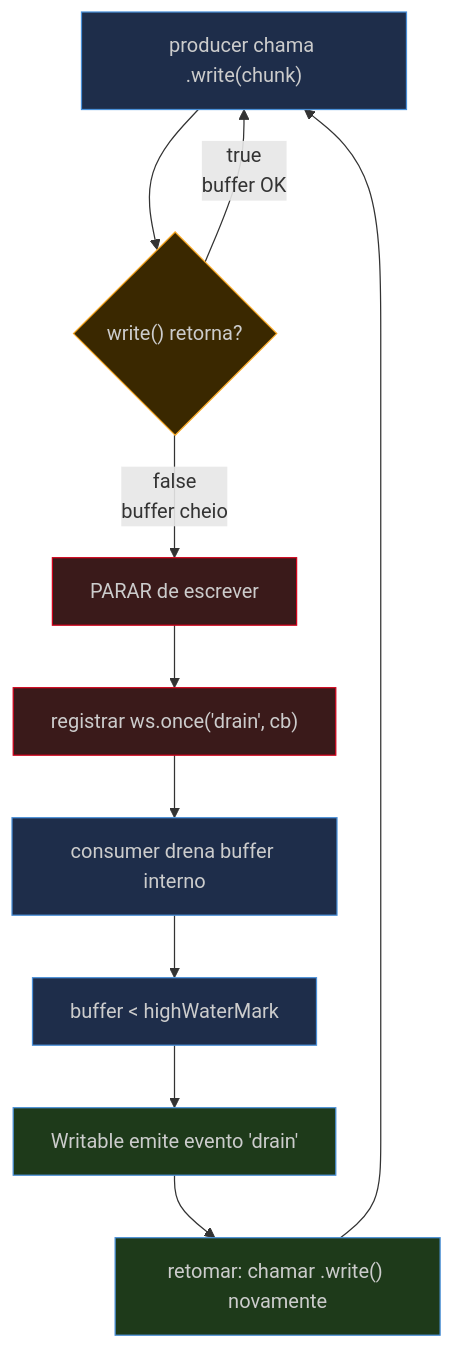
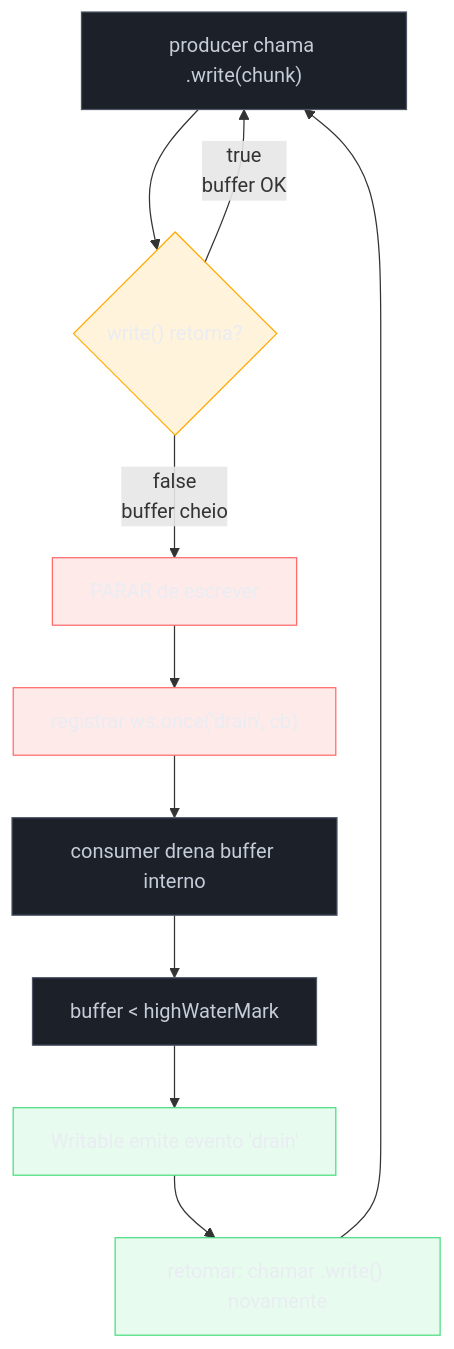
Before and after one commit to josenaldo/codex-technomanticus: the diagram in 03-Dominios/Tecnologia/Node/Streams/06 - Backpressure.md, drawn with Mermaid. The commit also changed 1181 other files, not shown here.

First line of the commit message:
fix(diagramas): paleta do sistema no lugar de cor cravada no markdown

````diff
--- a/03-Dominios/Tecnologia/Node/Streams/06 - Backpressure.md
+++ b/03-Dominios/Tecnologia/Node/Streams/06 - Backpressure.md
@@ -52,21 +52,25 @@
 ```mermaid
 flowchart TD
+    classDef neutro fill:#1B2029,stroke:#4E5666,color:#C6CCD8
+    classDef destaque fill:#FFAA0024,stroke:#FFAA00,color:#E9ECF2
+    classDef falha fill:#FF6B6B24,stroke:#FF6B6B,color:#E9ECF2
+    classDef ok fill:#4ADE8021,stroke:#4ADE80,color:#E9ECF2
     A["producer chama .write(chunk)"] --> B{"write() retorna?"}
     B -->|"true\nbuffer OK"| A
     B -->|"false\nbuffer cheio"| C["PARAR de escrever"]
     C --> D["registrar ws.once('drain', cb)"]
     D --> E["consumer drena buffer interno"]
     E --> F["buffer < highWaterMark"]
     F --> G["Writable emite evento 'drain'"]
     G --> H["retomar: chamar .write() novamente"]
     H --> A
 
-    style A fill:#1e2d4a,stroke:#4A90D9,color:#ccc
-    style B fill:#3a2800,stroke:#F5A623,color:#ccc
-    style C fill:#3a1a1a,stroke:#D0021B,color:#ccc
-    style D fill:#3a1a1a,stroke:#D0021B,color:#ccc
-    style E fill:#1e2d4a,stroke:#4A90D9,color:#ccc
-    style F fill:#1e2d4a,stroke:#4A90D9,color:#ccc
-    style G fill:#1e3a1a,stroke:#4A90D9,color:#ccc
-    style H fill:#1e3a1a,stroke:#4A90D9,color:#ccc
+    class A neutro
+    class B destaque
+    class C falha
+    class D falha
+    class E neutro
+    class F neutro
+    class G ok
+    class H ok
 ```
````
